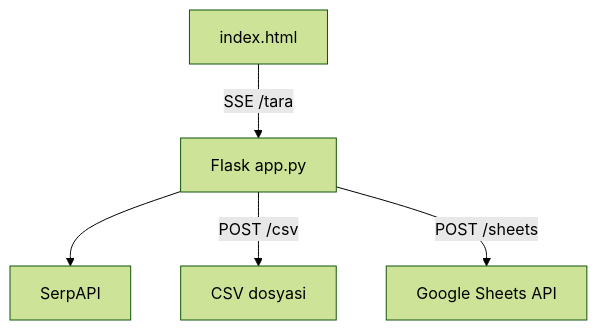
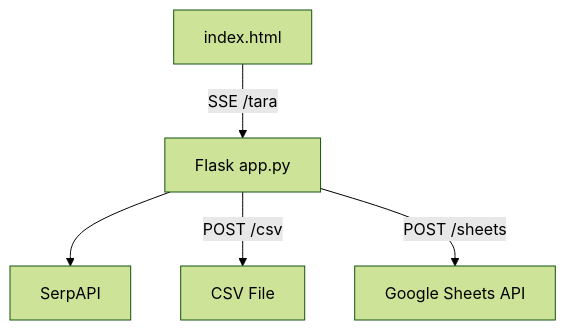
One commit to bekirkocaman/etkinlik-botu changed the diagram in README.md. Above: the diagram before and after it, drawn with Mermaid (forest theme). The commit also changed other lines of this file, not shown here.

````diff
--- a/README.md
+++ b/README.md
@@ -33,7 +33,7 @@
 ```mermaid
 flowchart TB
     UI[index.html] -->|SSE /tara| API[Flask app.py]
     API --> Serp[SerpAPI]
-    API -->|POST /csv| CSV[CSV dosyasi]
+    API -->|POST /csv| CSV[CSV File]
     API -->|POST /sheets| GS[Google Sheets API]
 ```
````
